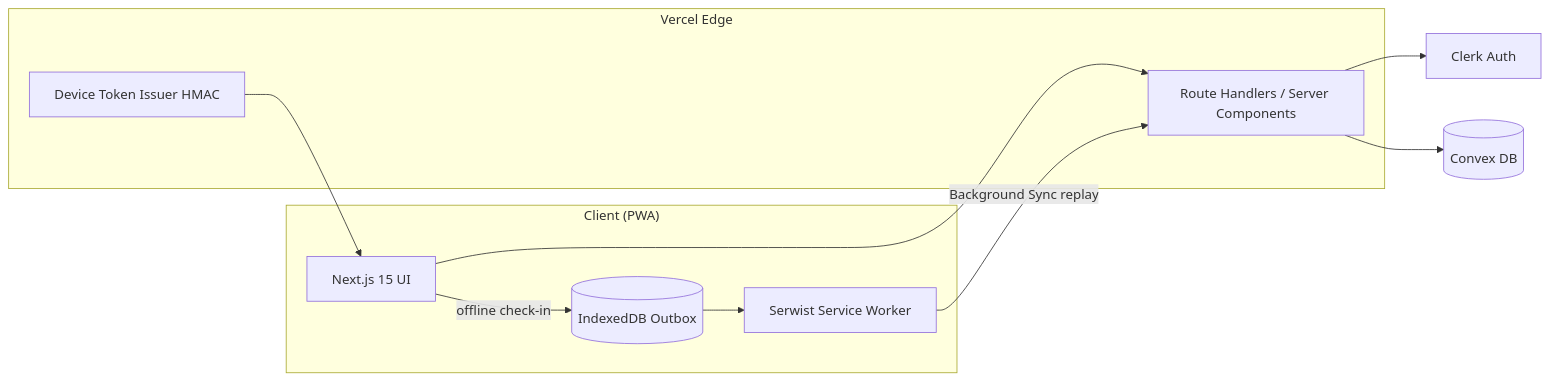
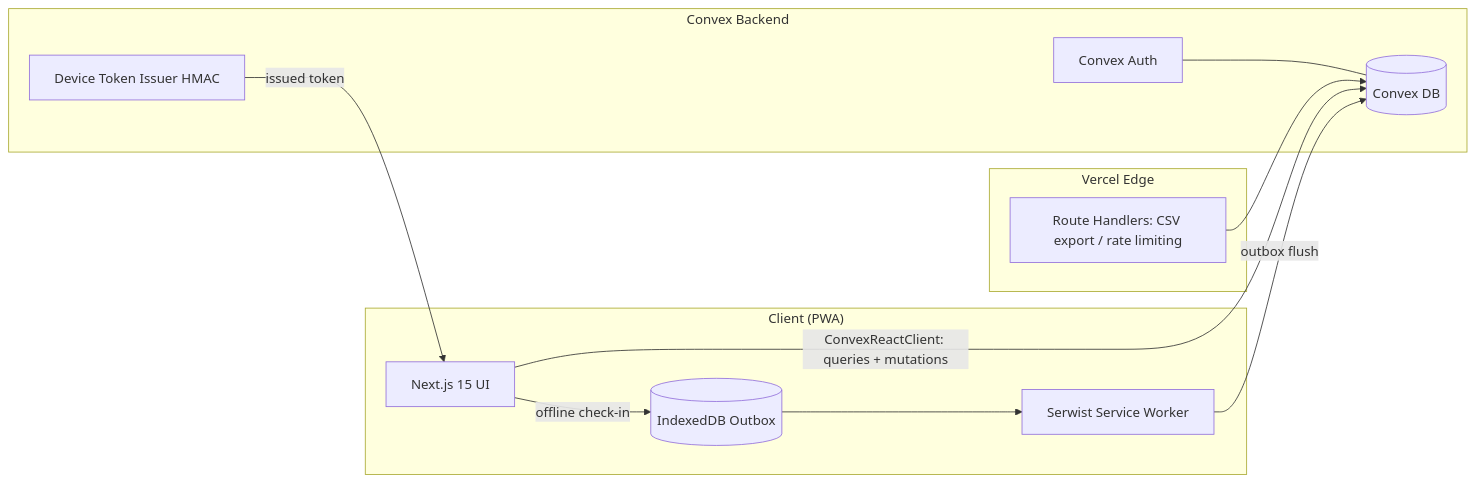
Before and after one commit to TeacherEvan/J-pay: the first of 5 diagrams in j-pay.md, drawn with Mermaid. The commit also changed other lines of this file and 3 other files, not shown here.

Commit message:
docs(j-pay): resolve B1+D4 — client-direct Convex + Convex Auth replaces Clerk (ADR-001)

````diff
--- a/j-pay.md
+++ b/j-pay.md
@@ -279,22 +279,23 @@
 ```mermaid
 flowchart LR
     subgraph Client["Client (PWA)"]
         UI[Next.js 15 UI]
         SW[Serwist Service Worker]
         OB[(IndexedDB Outbox)]
     end
     subgraph Vercel["Vercel Edge"]
-        RH[Route Handlers / Server Components]
+        RH[Route Handlers: CSV export / rate limiting]
+    end
+    subgraph Convex["Convex Backend"]
+        CA[Convex Auth]
         DT[Device Token Issuer HMAC]
+        CX[(Convex DB)]
     end
-    CL[Clerk Auth]
-    CX[(Convex DB)]
-
-    UI --> RH
-    RH --> CL
-    RH --> CX
+    UI -- ConvexReactClient: queries + mutations --> CX
     UI -- offline check-in --> OB
     OB --> SW
-    SW -- Background Sync replay --> RH
-    DT --> UI
+    SW -- outbox flush --> CX
+    RH --> CX
+    CA --- CX
+    DT -- issued token --> UI
 ```
````
